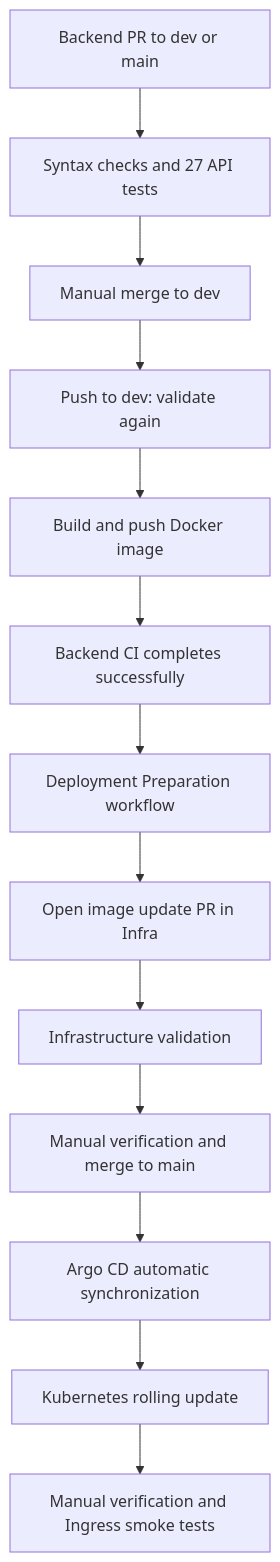
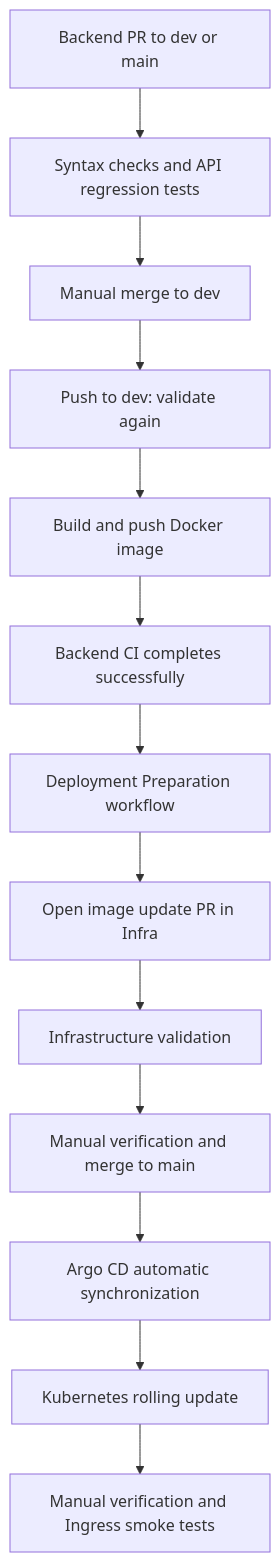
Before and after one commit to eli0504167101/Pipeline360-Backend: the diagram in README.md, drawn with Mermaid. The commit also changed other lines of this file and 2 other files, not shown here.

Commit message:
test: extend API regression coverage and correct baseline documentation

````diff
--- a/README.md
+++ b/README.md
@@ -377,15 +377,15 @@
 ```mermaid
 flowchart TD
-    A[Backend PR to dev or main] --> B[Syntax checks and 27 API tests]
+    A[Backend PR to dev or main] --> B[Syntax checks and API regression tests]
     B --> C[Manual merge to dev]
     C --> D[Push to dev: validate again]
     D --> E[Build and push Docker image]
     E --> F[Backend CI completes successfully]
     F --> G[Deployment Preparation workflow]
     G --> H[Open image update PR in Infra]
     H --> I[Infrastructure validation]
     I --> J[Manual verification and merge to main]
     J --> K[Argo CD automatic synchronization]
     K --> L[Kubernetes rolling update]
     L --> M[Manual verification and Ingress smoke tests]
 ```
````
